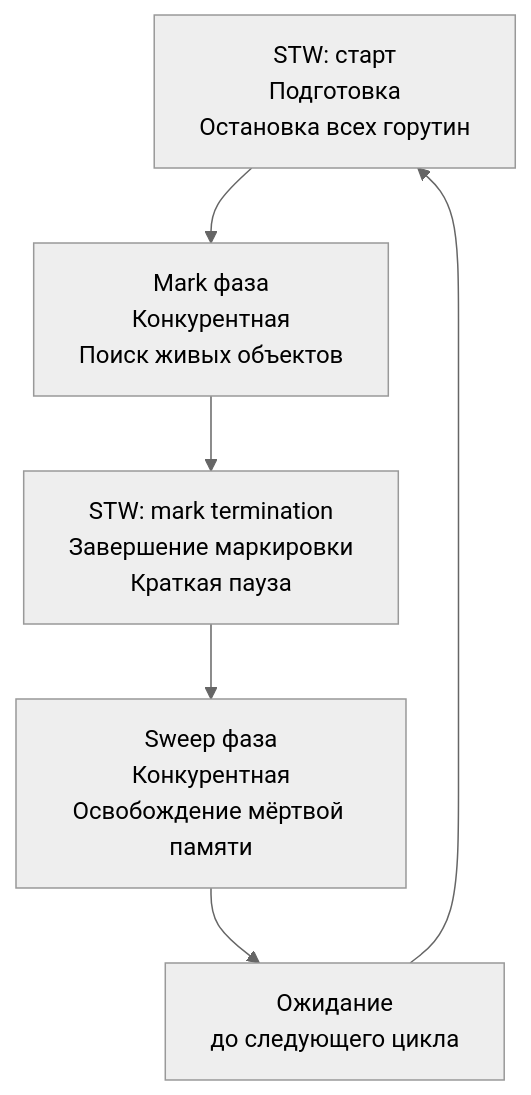
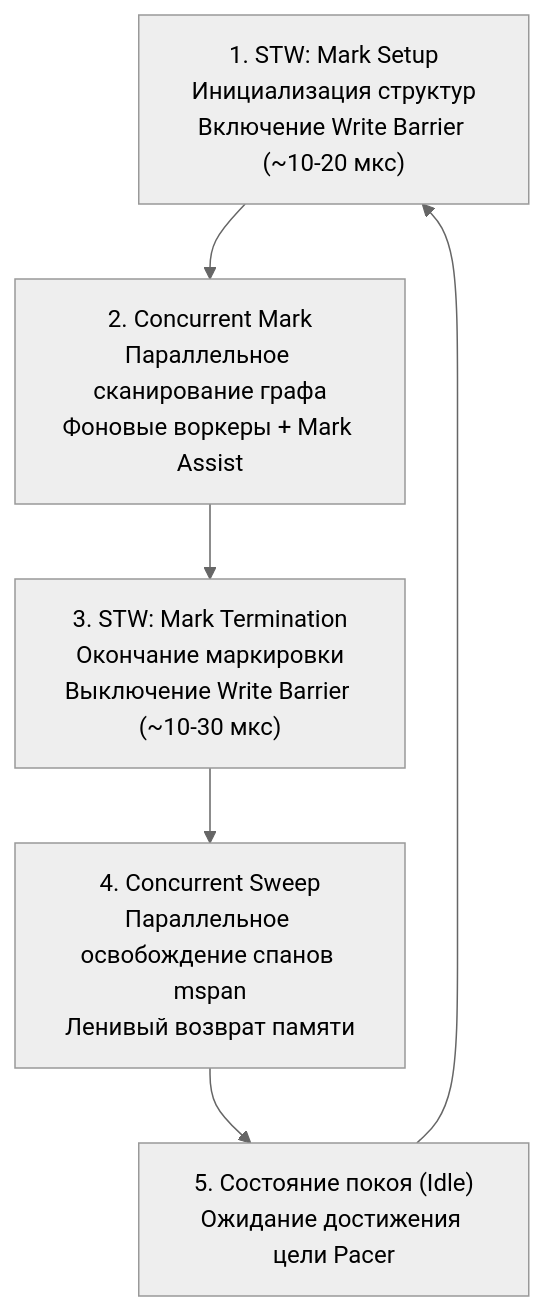
One commit to UnrealTemplier/go-textbook changed the diagram in sources/16. Профилирование, отладка и производительность/05. Garbage Collector/1. GC в Go. Обзор.md. Above: the diagram before and after it, drawn with Mermaid (neutral theme). The commit also changed other lines of this file, not shown here.

````diff
--- a/sources/16. Профилирование, отладка и производительность/05. Garbage Collector/1. GC в Go. Обзор.md
+++ b/sources/16. Профилирование, отладка и производительность/05. Garbage Collector/1. GC в Go. Обзор.md
@@ -24,8 +50,8 @@
 ```mermaid
 flowchart TD
-    STW1["STW: старт<br>Подготовка<br>Остановка всех горутин"] --> MarkStart["Mark фаза<br>Конкурентная<br>Поиск живых объектов"]
-    MarkStart --> MarkTerm["STW: mark termination<br>Завершение маркировки<br>Краткая пауза"]
-    MarkTerm --> Sweep["Sweep фаза<br>Конкурентная<br>Освобождение мёртвой памяти"]
-    Sweep --> Idle["Ожидание<br>до следующего цикла"]
+    STW1["1. STW: Mark Setup<br>Инициализация структур<br>Включение Write Barrier (~10-20 мкс)"] --> MarkStart["2. Concurrent Mark<br>Параллельное сканирование графа<br>Фоновые воркеры + Mark Assist"]
+    MarkStart --> MarkTerm["3. STW: Mark Termination<br>Окончание маркировки<br>Выключение Write Barrier (~10-30 мкс)"]
+    MarkTerm --> Sweep["4. Concurrent Sweep<br>Параллельное освобождение спанов mspan<br>Ленивый возврат памяти"]
+    Sweep --> Idle["5. Состояние покоя (Idle)<br>Ожидание достижения цели Pacer"]
     Idle --> STW1
 ```
````
